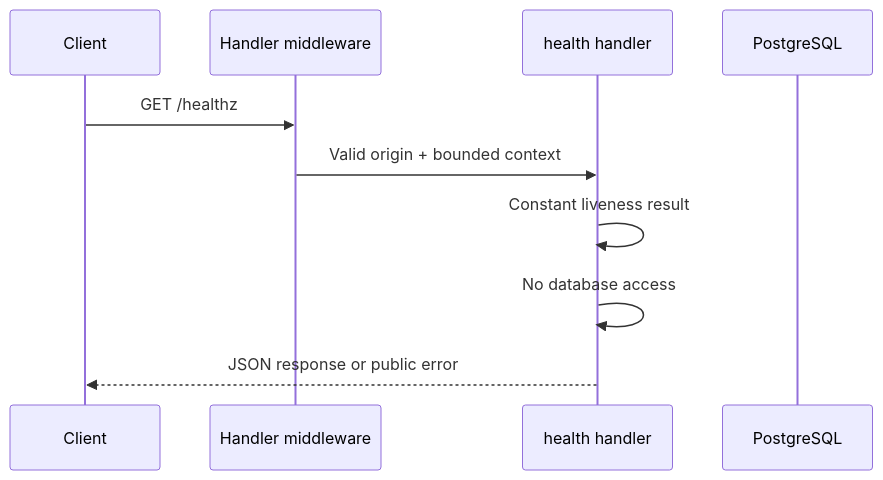
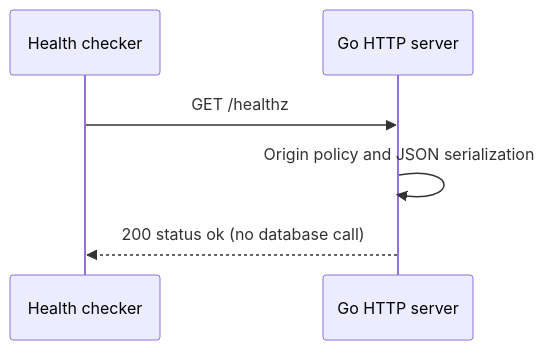
Before and after one commit to dilutedbrainjuice/courtflow: the diagram in buildDocs/buildDocs/CourtFlow/system-analysis/health.md, drawn with Mermaid. The commit also changed other lines of this file and 9 other files, not shown here.

````diff
--- a/buildDocs/buildDocs/CourtFlow/system-analysis/health.md
+++ b/buildDocs/buildDocs/CourtFlow/system-analysis/health.md
@@ -40,12 +86,8 @@
 ```mermaid
 sequenceDiagram
-    participant C as Client
-    participant M as Handler middleware
-    participant H as health handler
-    participant D as PostgreSQL
-    C->>M: GET /healthz
-    M->>H: Valid origin + bounded context
-    H->>H: Constant liveness result
-    H->>H: No database access
-    H-->>C: JSON response or public error
+    participant H as Health checker
+    participant A as Go HTTP server
+    H->>A: GET /healthz
+    A->>A: Origin policy and JSON serialization
+    A-->>H: 200 status ok (no database call)
 ```
````
